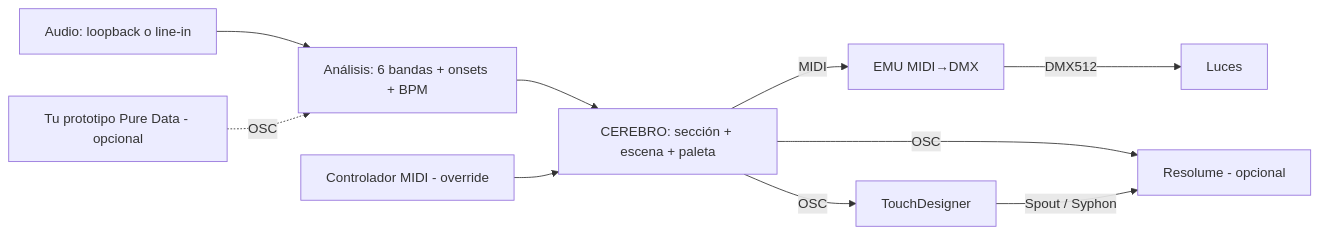
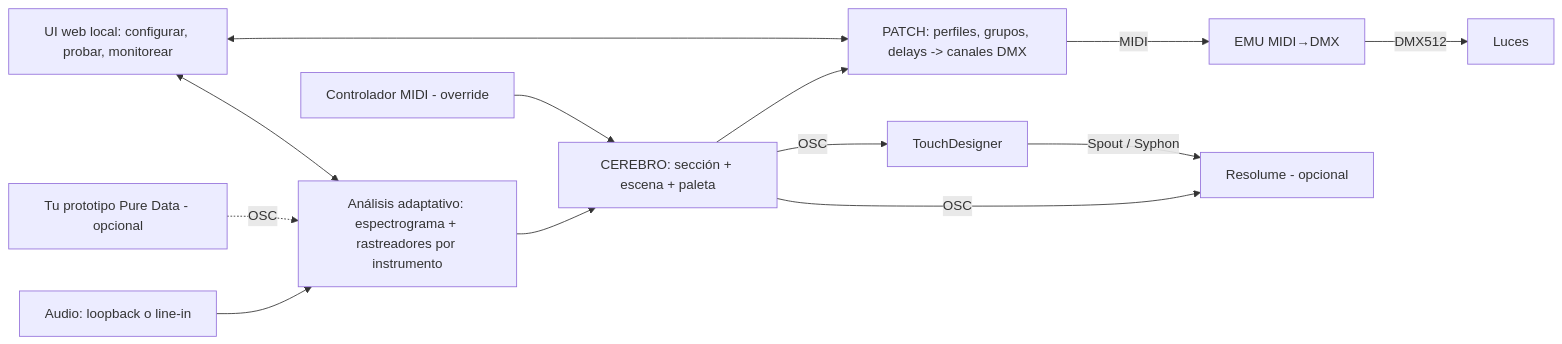
One commit to nicogarazzo/Dev changed the diagram in docs/PLAN_MVP.md. Above: the diagram before and after it, drawn with Mermaid. The commit also changed other lines of this file and 11 other files, not shown here.

First line of the commit message:
Plan: rastreadores adaptativos por instrumento y capa de hardware con UI

````diff
--- a/docs/PLAN_MVP.md
+++ b/docs/PLAN_MVP.md
@@ -44,11 +47,14 @@
 ```mermaid
 flowchart LR
-  A[Audio: loopback o line-in] --> B[Análisis: 6 bandas + onsets + BPM]
+  A[Audio: loopback o line-in] --> B[Análisis adaptativo: espectrograma + rastreadores por instrumento]
   PD[Tu prototipo Pure Data - opcional] -. OSC .-> B
   B --> C[CEREBRO: sección + escena + paleta]
   K[Controlador MIDI - override] --> C
-  C -->|MIDI| E[EMU MIDI→DMX] -->|DMX512| L[Luces]
+  C --> P[PATCH: perfiles, grupos, delays -> canales DMX]
+  P -->|MIDI| E[EMU MIDI→DMX] -->|DMX512| L[Luces]
   C -->|OSC| T[TouchDesigner]
   C -->|OSC| R[Resolume - opcional]
   T -->|Spout / Syphon| R
+  U[UI web local: configurar, probar, monitorear] <--> P
+  U <--> B
 ```
````
